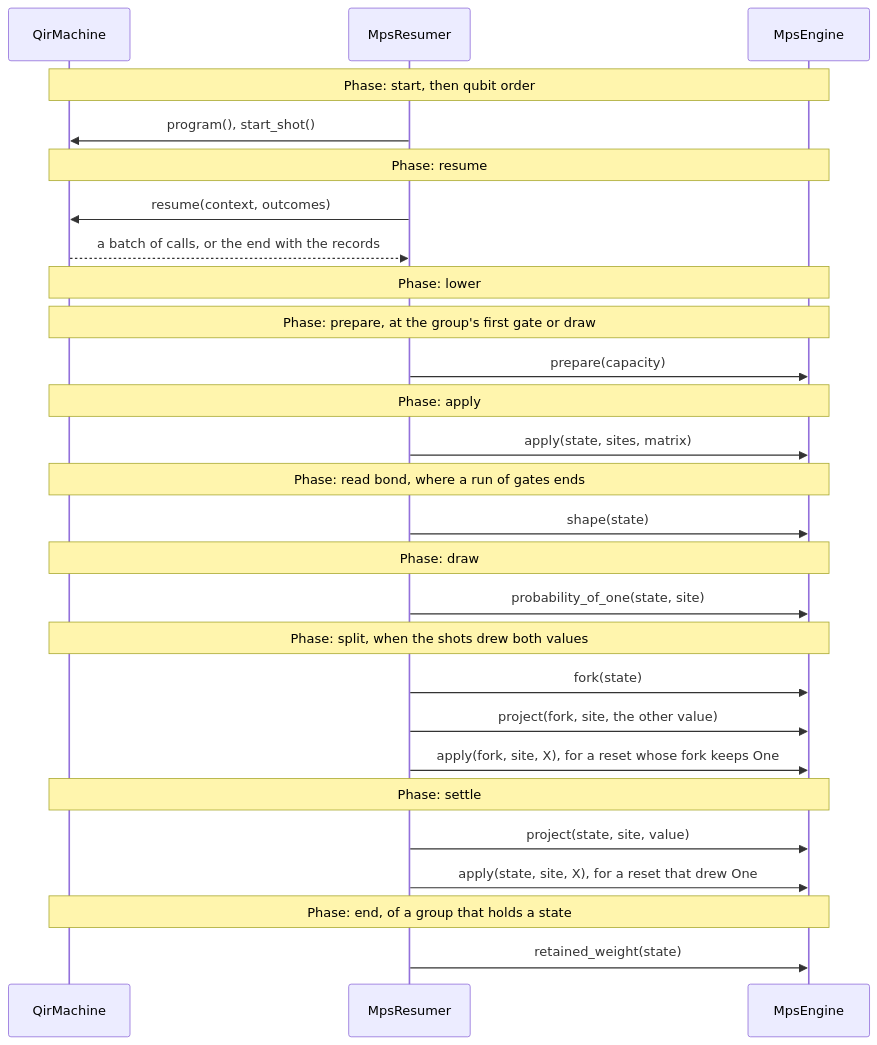
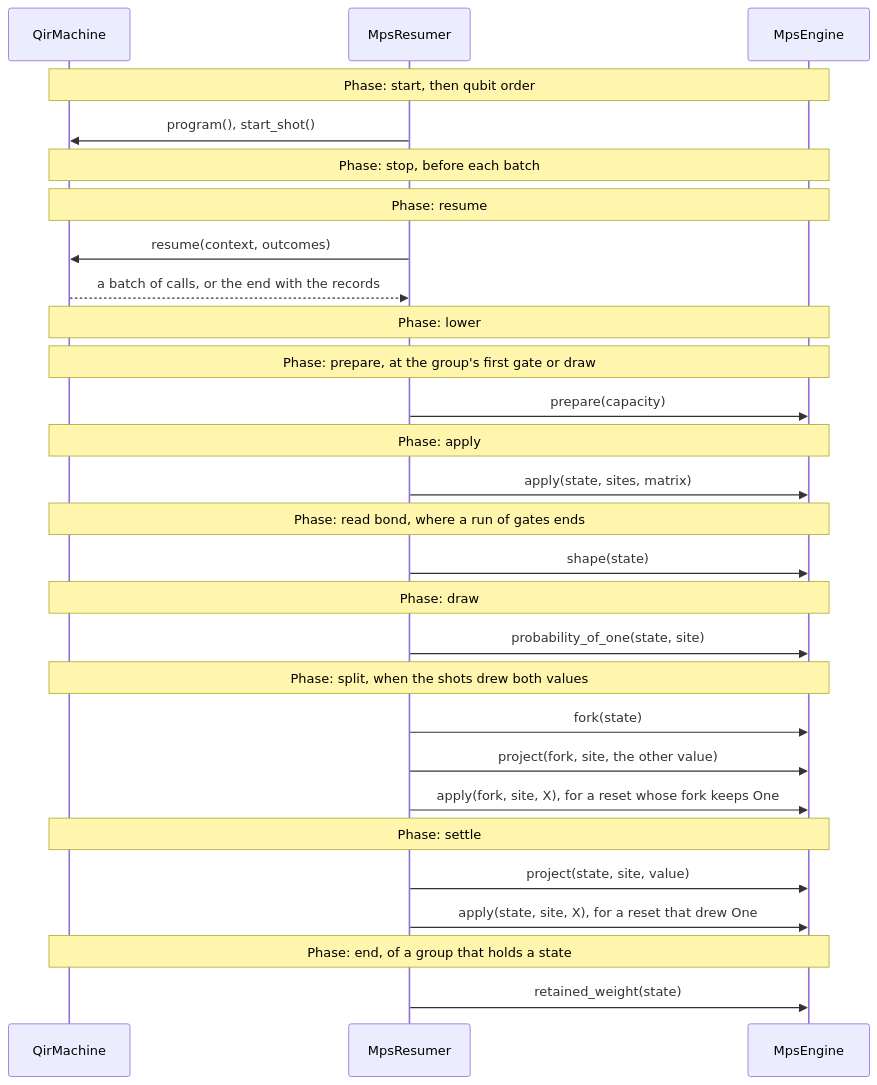
Before and after one commit to microsoft/qdk: the diagram in source/simulators/src/mps_simulator/design.md, drawn with Mermaid. The commit also changed other lines of this file and 11 other files, not shown here.

````diff
--- a/source/simulators/src/mps_simulator/design.md
+++ b/source/simulators/src/mps_simulator/design.md
@@ -89,29 +94,30 @@
 ```mermaid
 sequenceDiagram
   participant M as QirMachine
   participant R as MpsResumer
   participant E as MpsEngine
   Note over M,E: Phase: start, then qubit order
   R->>M: program(), start_shot()
+  Note over M,E: Phase: stop, before each batch
   Note over M,E: Phase: resume
   R->>M: resume(context, outcomes)
   M-->>R: a batch of calls, or the end with the records
   Note over M,E: Phase: lower
   Note over M,E: Phase: prepare, at the group's first gate or draw
   R->>E: prepare(capacity)
   Note over M,E: Phase: apply
   R->>E: apply(state, sites, matrix)
   Note over M,E: Phase: read bond, where a run of gates ends
   R->>E: shape(state)
   Note over M,E: Phase: draw
   R->>E: probability_of_one(state, site)
   Note over M,E: Phase: split, when the shots drew both values
   R->>E: fork(state)
   R->>E: project(fork, site, the other value)
   R->>E: apply(fork, site, X), for a reset whose fork keeps One
   Note over M,E: Phase: settle
   R->>E: project(state, site, value)
   R->>E: apply(state, site, X), for a reset that drew One
   Note over M,E: Phase: end, of a group that holds a state
   R->>E: retained_weight(state)
 ```
````
